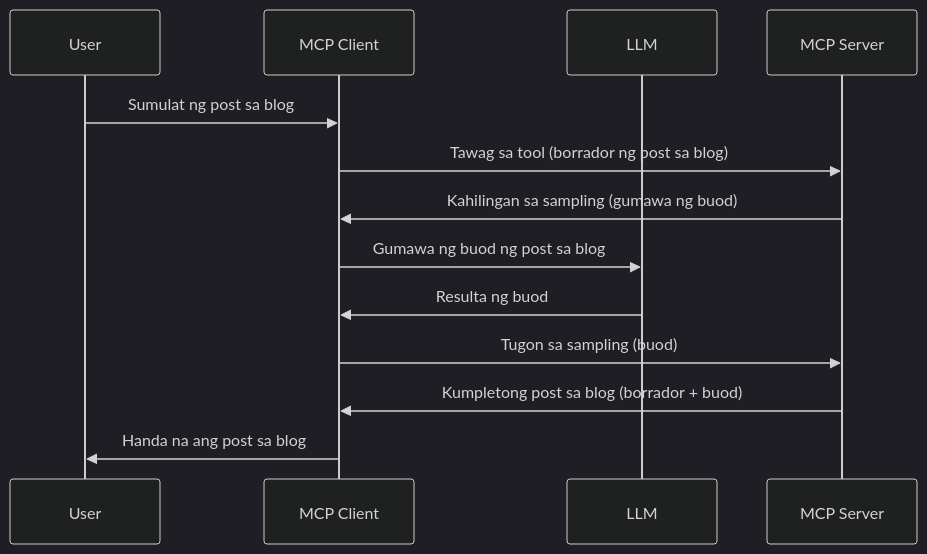
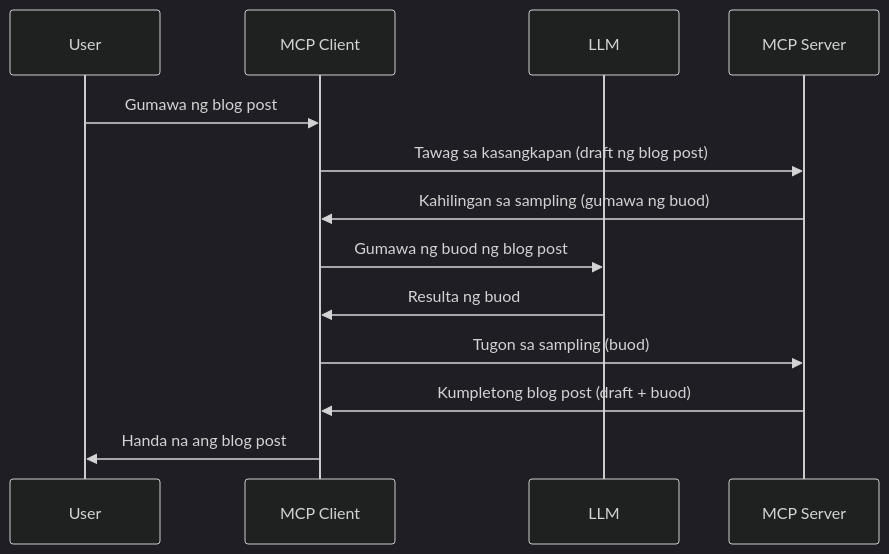
Before and after one commit to HIDORAKAI002/ai-workspace-archive: the diagram in mcp_ecosystem__model_context_protocol/mcp_learning_resources/mcp-for-beginners/translations/tl/03-GettingStarted/14-sampling/README.md, drawn with Mermaid (dark theme). The commit also changed other lines of this file and 1539 other files, not shown here.

````diff
--- a/mcp_ecosystem__model_context_protocol/mcp_learning_resources/mcp-for-beginners/translations/tl/03-GettingStarted/14-sampling/README.md
+++ b/mcp_ecosystem__model_context_protocol/mcp_learning_resources/mcp-for-beginners/translations/tl/03-GettingStarted/14-sampling/README.md
@@ -23,16 +23,16 @@
 ```mermaid
 sequenceDiagram
     participant User
     participant MCP Client
     participant LLM
     participant MCP Server
 
-    User->>MCP Client: Sumulat ng post sa blog
-    MCP Client->>MCP Server: Tawag sa tool (borrador ng post sa blog)
+    User->>MCP Client: Gumawa ng blog post
+    MCP Client->>MCP Server: Tawag sa kasangkapan (draft ng blog post)
     MCP Server->>MCP Client: Kahilingan sa sampling (gumawa ng buod)
-    MCP Client->>LLM: Gumawa ng buod ng post sa blog
+    MCP Client->>LLM: Gumawa ng buod ng blog post
     LLM->>MCP Client: Resulta ng buod
     MCP Client->>MCP Server: Tugon sa sampling (buod)
-    MCP Server->>MCP Client: Kumpletong post sa blog (borrador + buod)
-    MCP Client->>User: Handa na ang post sa blog
+    MCP Server->>MCP Client: Kumpletong blog post (draft + buod)
+    MCP Client->>User: Handa na ang blog post
 ```
````
